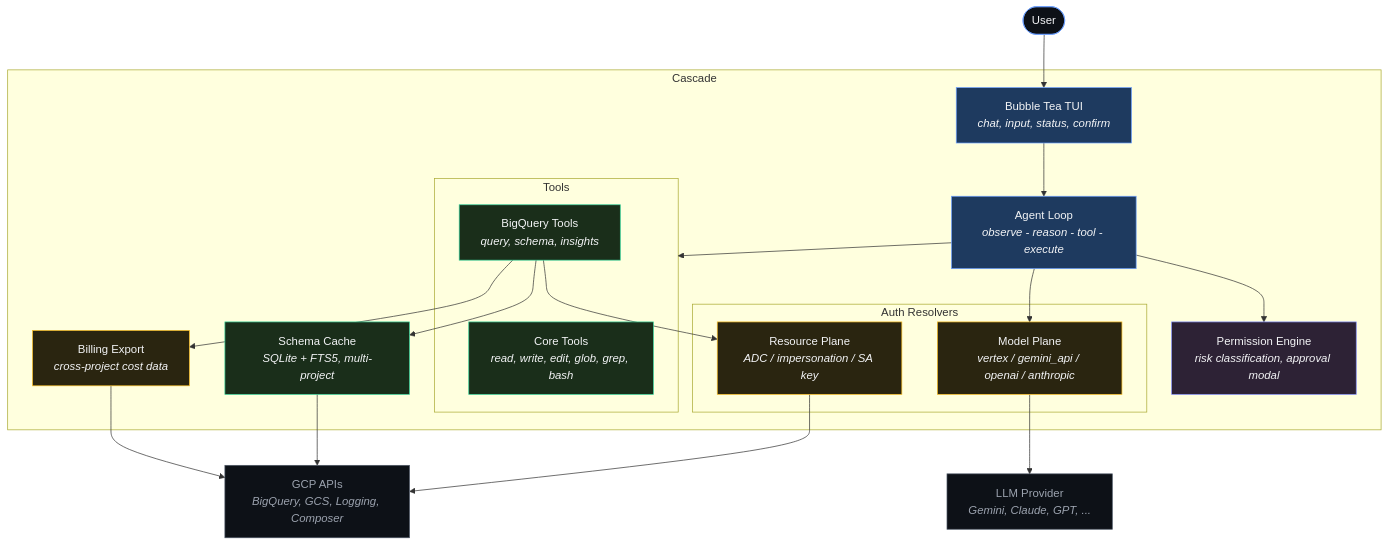
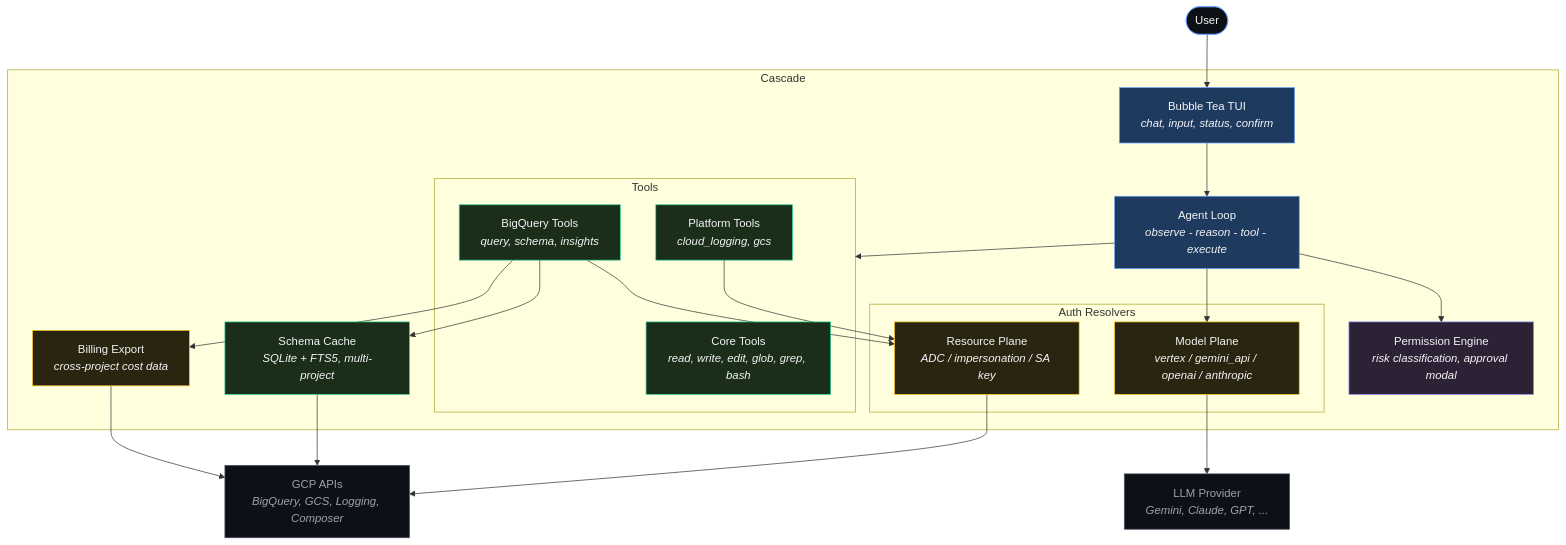
Before and after one commit to yogirk/cascade: the diagram in README.md, drawn with Mermaid. The commit also changed other lines of this file and 8 other files, not shown here.

First line of the commit message:
feat: Cloud Logging and GCS platform tools

````diff
--- a/README.md
+++ b/README.md
@@ -156,45 +175,48 @@
 ```mermaid
 graph TD
     User([User]) --> TUI
 
     subgraph Cascade
         TUI[Bubble Tea TUI<br/><i>chat, input, status, confirm</i>]
         TUI --> Agent[Agent Loop<br/><i>observe - reason - tool - execute</i>]
         Agent --> Permissions[Permission Engine<br/><i>risk classification, approval modal</i>]
 
         Agent --> Tools
 
         subgraph Tools
             Core[Core Tools<br/><i>read, write, edit, glob, grep, bash</i>]
             BQTools[BigQuery Tools<br/><i>query, schema, insights</i>]
+            PlatformTools[Platform Tools<br/><i>cloud_logging, gcs</i>]
         end
 
         subgraph Auth[Auth Resolvers]
             Resource[Resource Plane<br/><i>ADC / impersonation / SA key</i>]
             Model[Model Plane<br/><i>vertex / gemini_api / openai / anthropic</i>]
         end
 
         Agent --> Model
         BQTools --> Resource
+        PlatformTools --> Resource
         BQTools --> SchemaCache[Schema Cache<br/><i>SQLite + FTS5, multi-project</i>]
         BQTools --> BillingExport[Billing Export<br/><i>cross-project cost data</i>]
     end
 
     Model --> LLM[LLM Provider<br/><i>Gemini, Claude, GPT, ...</i>]
     Resource --> GCP[GCP APIs<br/><i>BigQuery, GCS, Logging, Composer</i>]
     SchemaCache --> GCP
     BillingExport --> GCP
 
     style TUI fill:#1e3a5f,stroke:#6B9FFF,color:#F3F4F6
     style Agent fill:#1e3a5f,stroke:#6B9FFF,color:#F3F4F6
     style Permissions fill:#2d2235,stroke:#818CF8,color:#F3F4F6
     style Core fill:#1a2e1a,stroke:#34D399,color:#F3F4F6
     style BQTools fill:#1a2e1a,stroke:#34D399,color:#F3F4F6
+    style PlatformTools fill:#1a2e1a,stroke:#34D399,color:#F3F4F6
     style Resource fill:#2a2510,stroke:#FBBF24,color:#F3F4F6
     style Model fill:#2a2510,stroke:#FBBF24,color:#F3F4F6
     style SchemaCache fill:#1a2e1a,stroke:#34D399,color:#F3F4F6
     style BillingExport fill:#2a2510,stroke:#FBBF24,color:#F3F4F6
     style LLM fill:#0d1117,stroke:#4B5563,color:#9CA3AF
     style GCP fill:#0d1117,stroke:#4B5563,color:#9CA3AF
     style User fill:#0d1117,stroke:#6B9FFF,color:#F3F4F6
 ```
````
